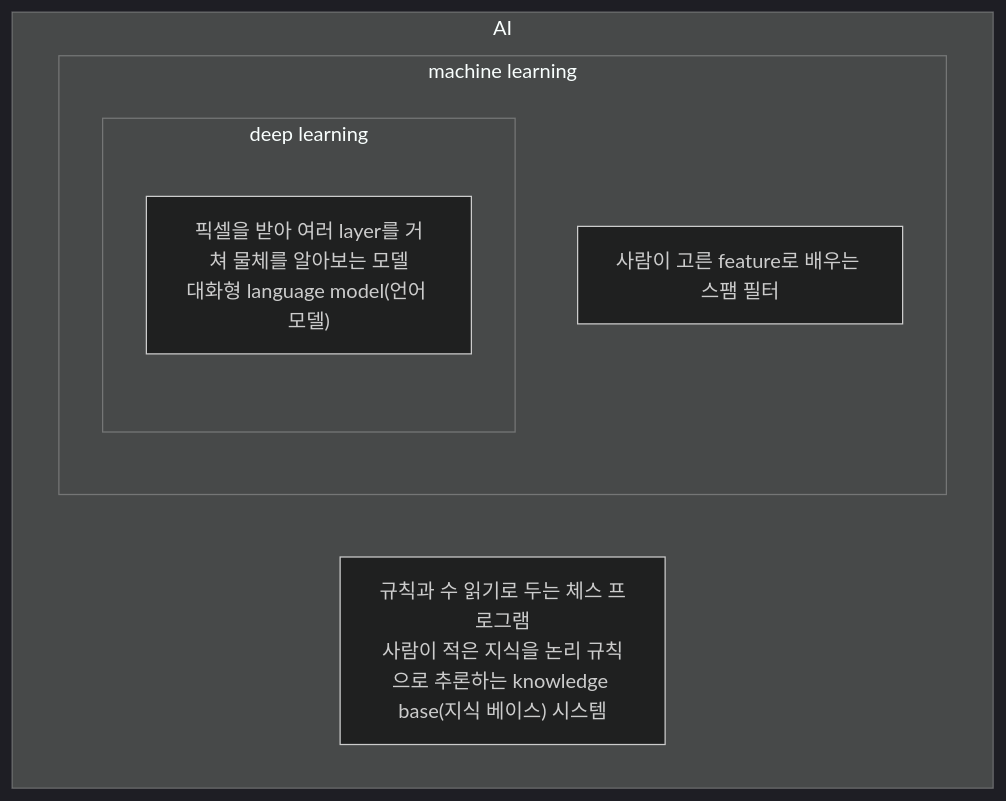
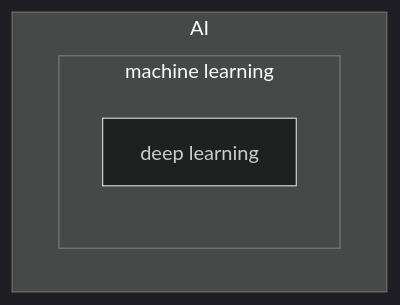
One commit to dipi0123/ai-insight-notes changed the first of 3 diagrams in book/part01-big-picture/01-01-ai-ml-dl.md. Above: the diagram before and after it, drawn with Mermaid (dark theme). The commit also changed other lines of this file and 24 other files, not shown here.

````diff
--- a/book/part01-big-picture/01-01-ai-ml-dl.md
+++ b/book/part01-big-picture/01-01-ai-ml-dl.md
@@ -46,12 +46,8 @@
 ```mermaid
 flowchart TB
   subgraph AI["AI"]
-    A1["규칙과 수 읽기로 두는 체스 프로그램<br/>사람이 적은 지식을 논리 규칙으로 추론하는 knowledge base(지식 베이스) 시스템"]
     subgraph ML["machine learning"]
-      M1["사람이 고른 feature로 배우는 스팸 필터"]
-      subgraph DL["deep learning"]
-        D1["픽셀을 받아 여러 layer를 거쳐 물체를 알아보는 모델<br/>대화형 language model(언어 모델)"]
-      end
+      DL["deep learning"]
     end
   end
 ```
````
